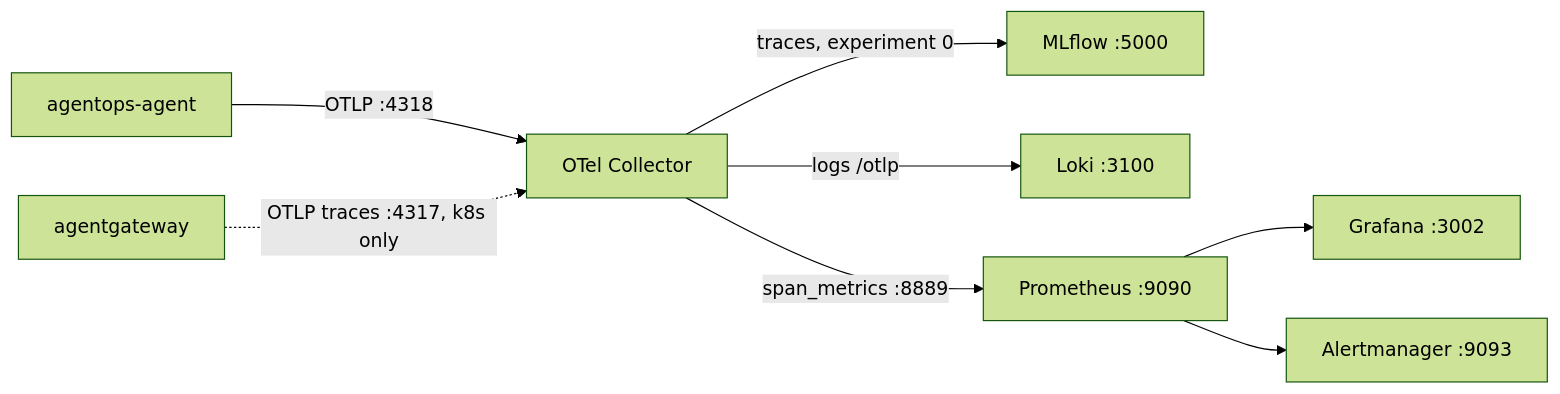
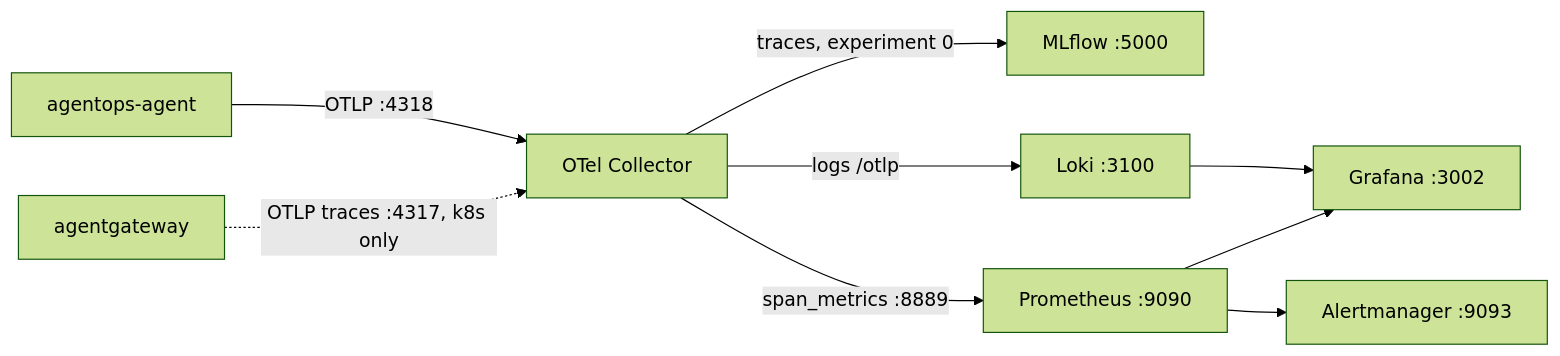
Before and after one commit to MLOps-Courses/agentops-open-course: the diagram in docs/7. Observability/index.md, drawn with Mermaid (forest theme). The commit also changed 26 other files, not shown here.

First line of the commit message:
docs(course): fix reference drift and add targeted diagrams and checkpoints

````diff
--- a/docs/7. Observability/index.md
+++ b/docs/7. Observability/index.md
@@ -19,10 +19,11 @@
 ```mermaid
 flowchart LR
     Agent[agentops-agent] -->|OTLP :4318| Collector[OTel Collector]
     Gateway[agentgateway] -.->|OTLP traces :4317, k8s only| Collector
     Collector -->|traces, experiment 0| MLflow[MLflow :5000]
     Collector -->|logs /otlp| Loki[Loki :3100]
     Collector -->|span_metrics :8889| Prometheus[Prometheus :9090]
     Prometheus --> Grafana[Grafana :3002]
+    Loki --> Grafana
     Prometheus --> Alertmanager[Alertmanager :9093]
 ```
````
